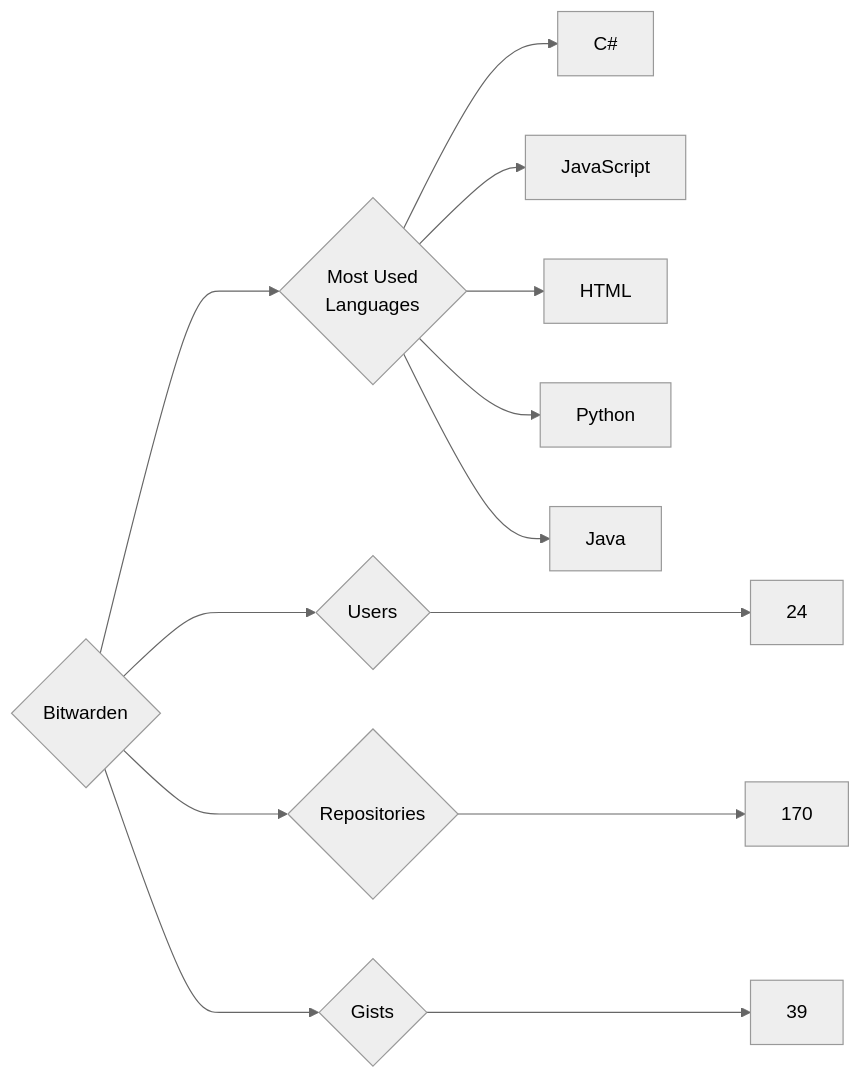
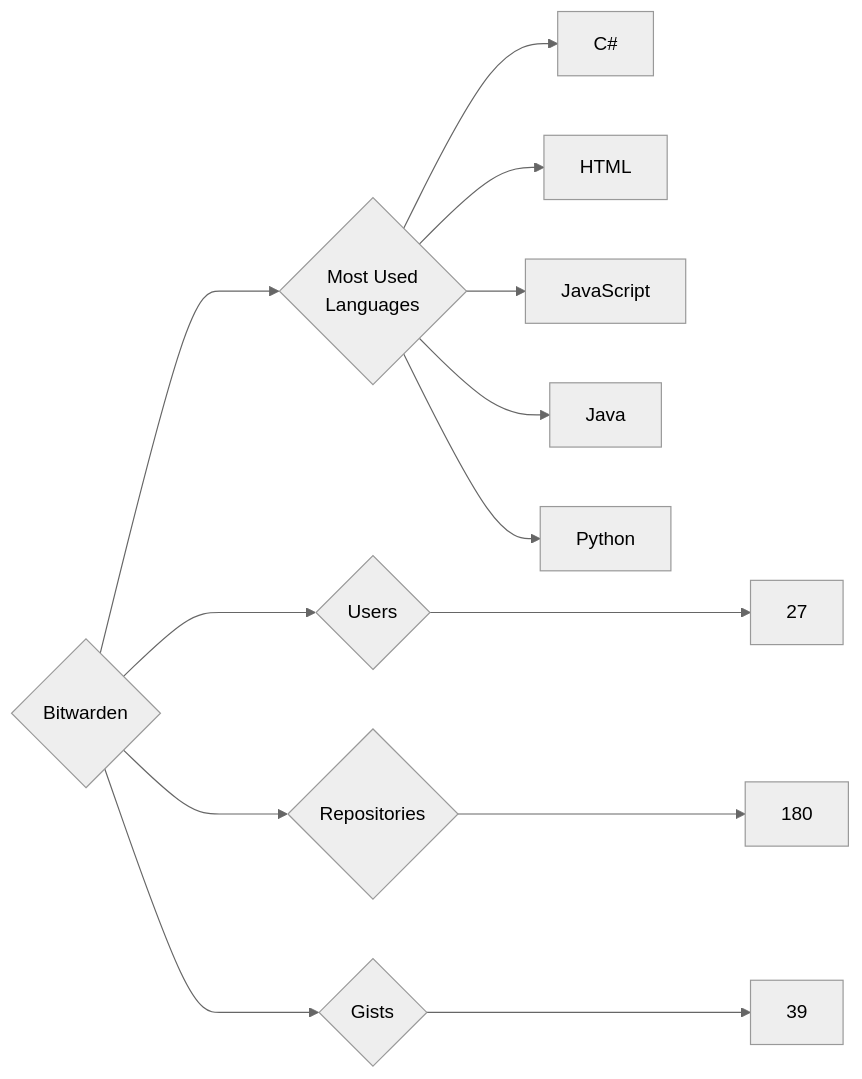
One commit to trickest/insiders changed the diagram in targets/Bitwarden/README.md. Above: the diagram before and after it, drawn with Mermaid (neutral theme). The commit also changed 1084 other files, not shown here.

````diff
--- a/targets/Bitwarden/README.md
+++ b/targets/Bitwarden/README.md
@@ -3,13 +3,13 @@
 ```mermaid
 graph LR
 COMPANY_NAME{Bitwarden}
-COMPANY_NAME ---> U{Users} ---> UN[24]
-COMPANY_NAME ---> R{Repositories} ---> RN[170]
+COMPANY_NAME ---> U{Users} ---> UN[27]
+COMPANY_NAME ---> R{Repositories} ---> RN[180]
 COMPANY_NAME ---> G{Gists} ---> GN[39]
 COMPANY_NAME ---> ML{Most Used<br>Languages}
 ML --> C#[C#]
+ML --> HTML[HTML]
 ML --> JavaScript[JavaScript]
-ML --> HTML[HTML]
+ML --> Java[Java]
 ML --> Python[Python]
-ML --> Java[Java]
 ```
````
